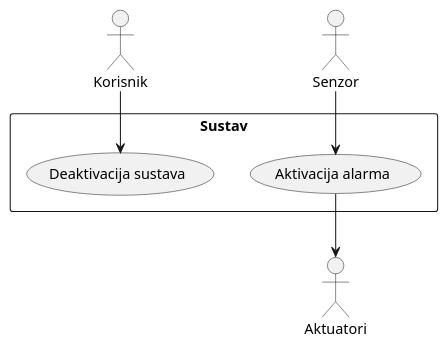
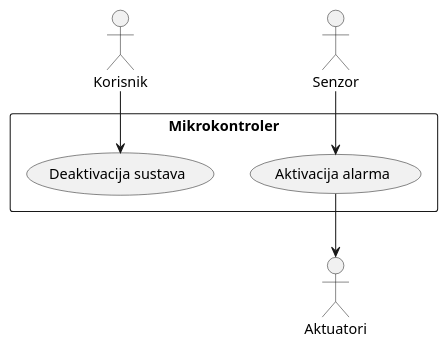
The diagram in docs/diagrams/use_case_user_roles.puml (mvignjevi/RUS---SigurnosniSustav), drawn with PlantUML before and after one commit.

```diff
--- a/docs/diagrams/use_case_user_roles.puml
+++ b/docs/diagrams/use_case_user_roles.puml
@@ -1,14 +1,14 @@
 @startuml
 actor Korisnik
 actor Senzor
 actor Aktuatori
 
-rectangle "Sustav" {
+rectangle "Mikrokontroler" {
   usecase "Aktivacija alarma" as UC1
   usecase "Deaktivacija sustava" as UC2
 }
 
+Senzor --> UC1
 Korisnik --> UC2
-Senzor --> UC1
 UC1 --> Aktuatori
 @enduml
```
